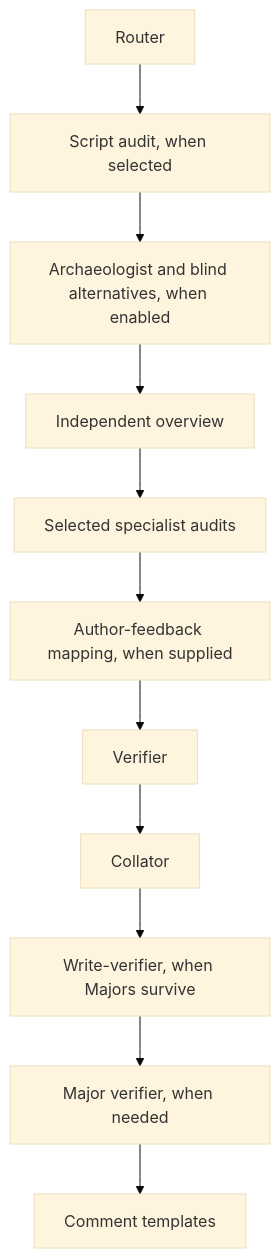
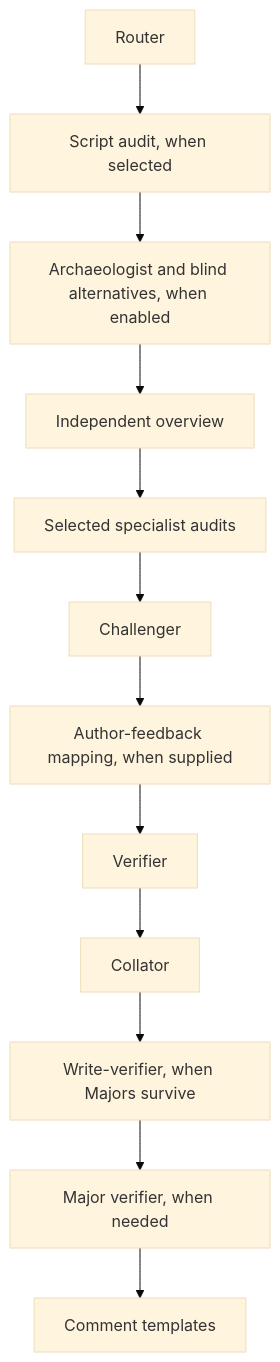
Before and after one commit to willcl-ark/nix: the diagram in pkgs/ralph/agents/README.md, drawn with Mermaid (base theme). The commit also changed other lines of this file and 7 other files, not shown here.

````diff
--- a/pkgs/ralph/agents/README.md
+++ b/pkgs/ralph/agents/README.md
@@ -7,13 +8,14 @@
 ```mermaid
 flowchart TD
     router[Router] --> script[Script audit, when selected]
     script --> history[Archaeologist and blind alternatives, when enabled]
     history --> independent[Independent overview]
     independent --> audits[Selected specialist audits]
-    audits --> feedback[Author-feedback mapping, when supplied]
+    audits --> challenger[Challenger]
+    challenger --> feedback[Author-feedback mapping, when supplied]
     feedback --> verifier[Verifier]
     verifier --> collator[Collator]
     collator --> write[Write-verifier, when Majors survive]
     write --> major[Major verifier, when needed]
     major --> comment[Comment templates]
 ```
````
